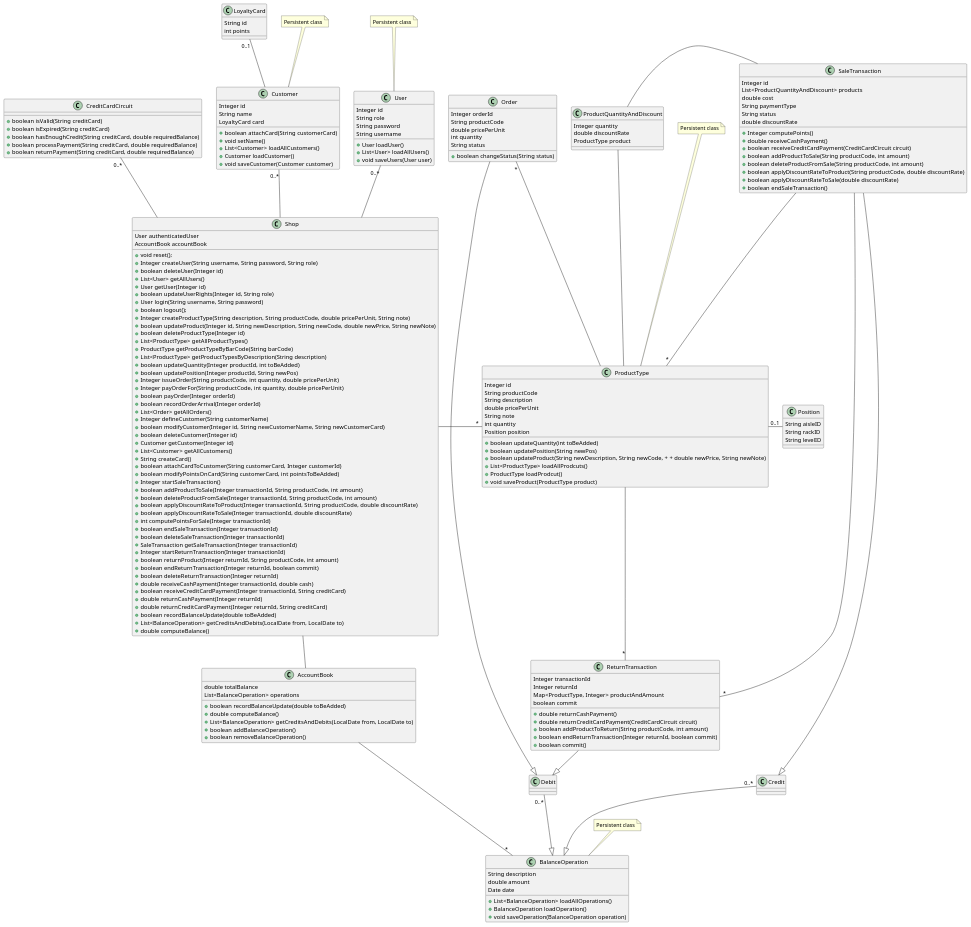
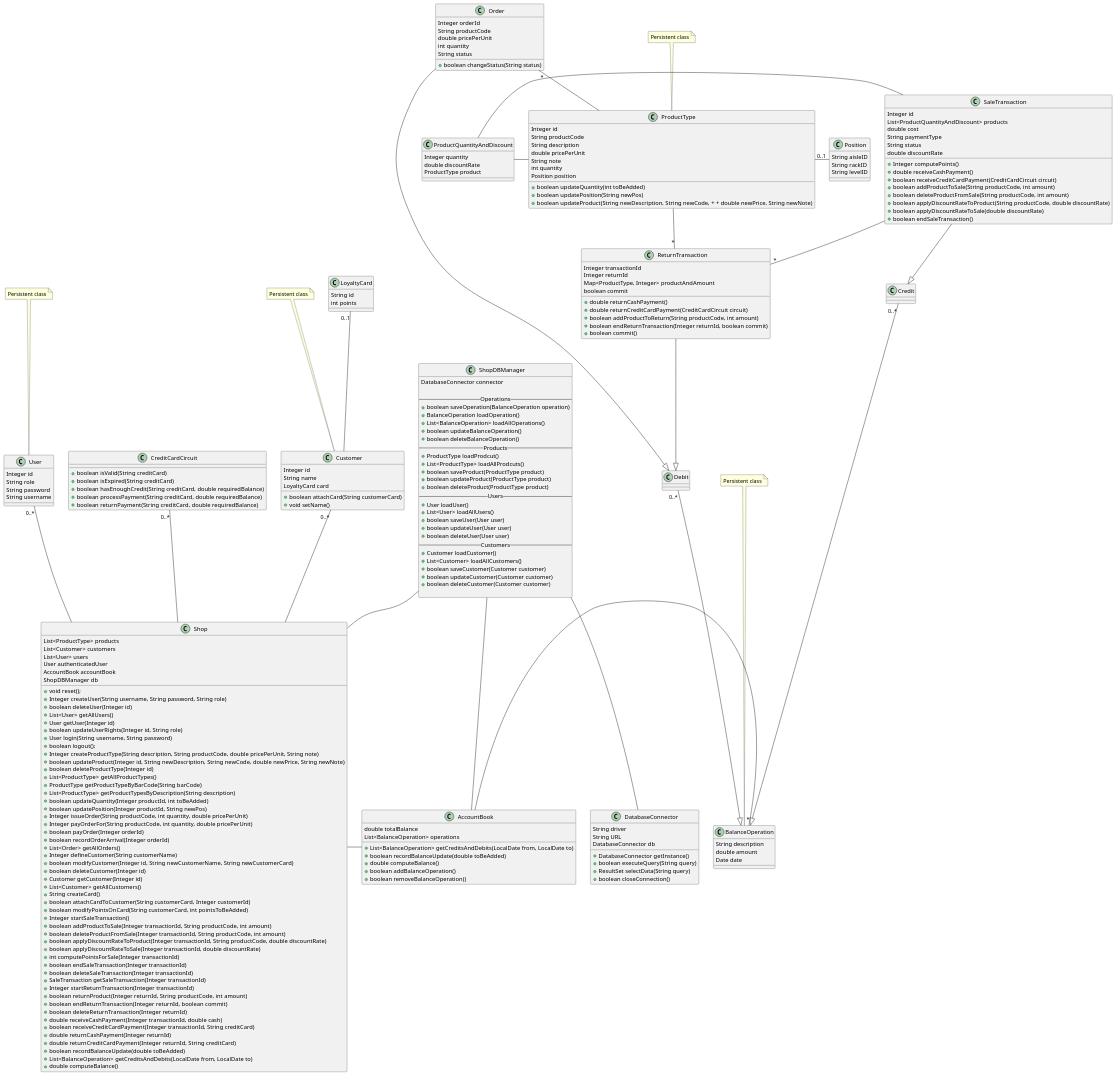
The second of 9 diagrams in Deliverables/DesignDocument.md (Ralls0/ezshop), drawn with PlantUML before and after one commit.

Commit message:
docs: updated Low Level Design

```diff
--- a/Deliverables/DesignDocument.md
+++ b/Deliverables/DesignDocument.md
@@ -59,9 +59,9 @@
     double totalBalance
     List<BalanceOperation> operations
 
+    + List<BalanceOperation> getCreditsAndDebits(LocalDate from, LocalDate to)
     + boolean recordBalanceUpdate(double toBeAdded)
     + double computeBalance()
-    + List<BalanceOperation> getCreditsAndDebits(LocalDate from, LocalDate to)
     + boolean addBalanceOperation()
     + boolean removeBalanceOperation()
     
@@ -88,10 +88,6 @@
 
     + boolean attachCard(String customerCard)
     + void setName()
-    + List<Customer> loadAllCustomers()
-    + Customer loadCustomer()
-    + void saveCustomer(Customer customer)
-
 }
 
 class Debit {
@@ -102,9 +98,6 @@
     String description
     double amount
     Date date
-    + List<BalanceOperation> loadAllOperations()
-    + BalanceOperation loadOperation()
-    + void saveOperation(BalanceOperation operation)
 }
 
 class LoyaltyCard {
@@ -120,8 +113,7 @@
     int quantity
     String status
 
-    +boolean changeStatus(String status)
-
+    + boolean changeStatus(String status)
 }
 
 class ProductType{
@@ -136,9 +128,6 @@
     + boolean updateQuantity(int toBeAdded) 
     + boolean updatePosition(String newPos) 
     + boolean updateProduct(String newDescription, String newCode, + + double newPrice, String newNote)
-    + List<ProductType> loadAllProdcuts()
-    + ProductType loadProdcut()
-    + void saveProduct(ProductType product)
 
 }
 
@@ -168,7 +157,6 @@
     Integer quantity
     double discountRate
     ProductType product
-
 }
 
 class SaleTransaction {
@@ -178,6 +166,7 @@
     String paymentType
     String status
     double discountRate
+
     +Integer computePoints()
     +double receiveCashPayment()
     +boolean receiveCreditCardPayment(CreditCardCircuit circuit)
@@ -190,12 +179,13 @@
 }
 
 class Shop {
-    'List<User> users
-    'List<ProductType> products
-    'List<Customer> customers
+    List<ProductType> products
+    List<Customer> customers
+    List<User> users
     User authenticatedUser
     AccountBook accountBook
-    'AccountBook accountBook
+    ShopDBManager db
+
     + void reset();
     + Integer createUser(String username, String password, String role) 
     + boolean deleteUser(Integer id) 
@@ -253,9 +243,48 @@
     String role
     String password
     String username
-    +User loadUser()
-    +List<User> loadAllUsers()
-    +void saveUsers(User user)
+
+}
+
+class DatabaseConnector {
+    String driver
+    String URL
+    DatabaseConnector db
+
+    + DatabaseConnector getInstance()
+    + boolean executeQuery(String query)
+    + ResultSet selectData(String query)
+    + boolean closeConnection()
+}
+
+class ShopDBManager {
+    DatabaseConnector connector
+
+    --Operations--
+    + boolean saveOperation(BalanceOperation operation)
+    + BalanceOperation loadOperation()
+    + List<BalanceOperation> loadAllOperations()
+    + boolean updateBalanceOperation()
+    + boolean deleteBalanceOperation()
+    --Products--
+    + ProductType loadProdcut()
+    + List<ProductType> loadAllProdcuts()
+    + boolean saveProduct(ProductType product)
+    + boolean updateProduct(ProductType product)
+    + boolean deleteProduct(ProductType product)
+    --Users--
+    + User loadUser()
+    + List<User> loadAllUsers()
+    + boolean saveUser(User user)
+    + boolean updateUser(User user)
+    + boolean deleteUser(User user)
+    --Customers--
+    + Customer loadCustomer()
+    + List<Customer> loadAllCustomers()
+    + boolean saveCustomer(Customer customer)
+    + boolean updateCustomer(Customer customer)
+    + boolean deleteCustomer(Customer customer)
+
 }
 
 AccountBook -up Shop
@@ -267,13 +296,7 @@
 
 Credit "0..*"--|> BalanceOperation
 
-Debit "0..*"---|> BalanceOperation
-
-Order --|> Debit
-Order "*" -- ProductType
-
-Shop --right "*" ProductType
-SaleTransaction -- "*" ProductType
+Debit "0..*"--|> BalanceOperation
 
 LoyaltyCard "0..1" -- Customer
 
@@ -283,11 +306,18 @@
 ReturnTransaction "*" --up SaleTransaction
 ReturnTransaction "*" --up ProductType
 
+Order "*" --  ProductType
+Order --|> Debit
+
 ProductQuantityAndDiscount - SaleTransaction
 ProductQuantityAndDiscount - ProductType
 
 SaleTransaction --|> Credit
 ReturnTransaction --|> Debit
+
+ShopDBManager -- AccountBook
+ShopDBManager -- Shop
+ShopDBManager -- DatabaseConnector
 
 
 note "Persistent class" as N1  
```
